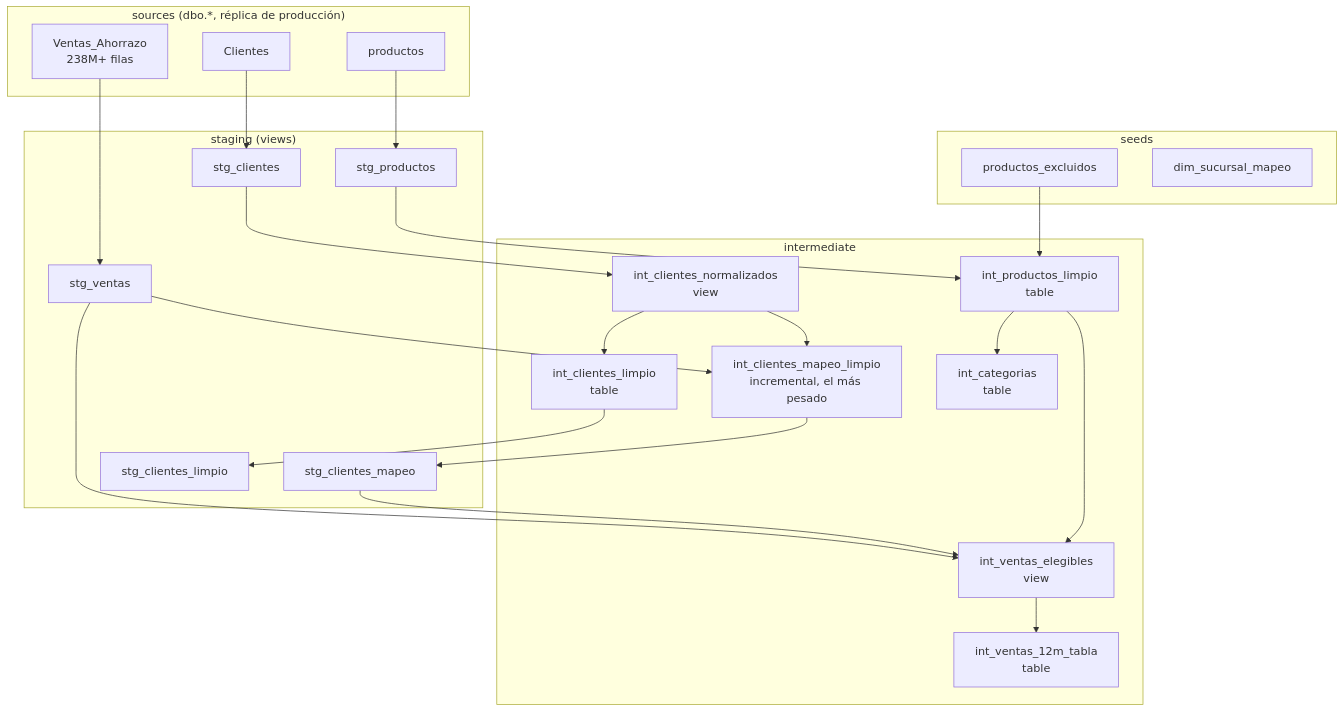
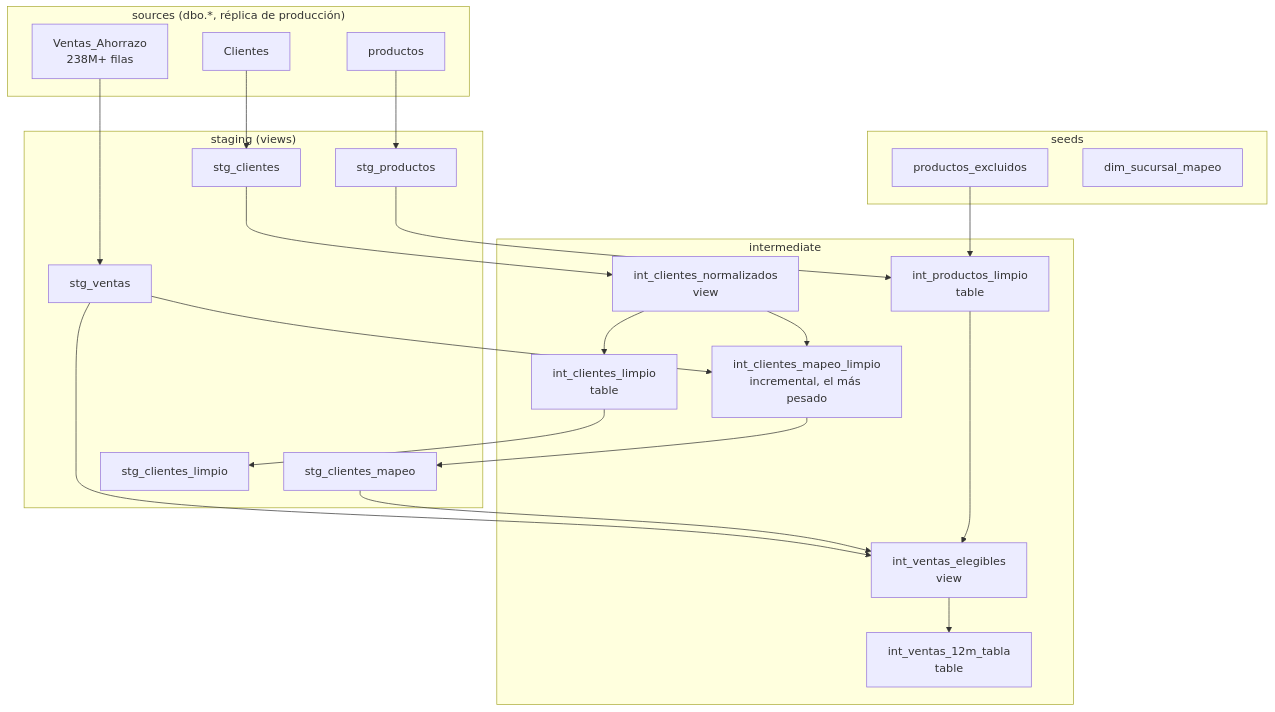
The first of 6 diagrams in ARQUITECTURA.md (adrian-dato/dbt-ahorrazo), drawn with Mermaid before and after one commit. The commit also changed other lines of this file and 11 other files, not shown here.

````diff
--- a/ARQUITECTURA.md
+++ b/ARQUITECTURA.md
@@ -96,52 +96,50 @@
 ```mermaid
 graph TD
     subgraph SRC["sources (dbo.*, réplica de producción)"]
         SRC_VENTAS[Ventas_Ahorrazo<br/>238M+ filas]
         SRC_PROD[productos]
         SRC_CLI[Clientes]
     end
 
     subgraph SEEDS["seeds"]
         SEED_EXCL[productos_excluidos]
         SEED_SUC[dim_sucursal_mapeo]
     end
 
     subgraph STG["staging (views)"]
         STG_VENTAS[stg_ventas]
         STG_PROD[stg_productos]
         STG_CLI[stg_clientes]
         STG_MAPEO[stg_clientes_mapeo]
         STG_LIMPIO[stg_clientes_limpio]
     end
 
     subgraph INT["intermediate"]
         INT_NORM[int_clientes_normalizados<br/>view]
         INT_MAPEO[int_clientes_mapeo_limpio<br/>incremental, el más pesado]
         INT_LIMPIO[int_clientes_limpio<br/>table]
         INT_PROD[int_productos_limpio<br/>table]
-        INT_CAT[int_categorias<br/>table]
         INT_ELEG[int_ventas_elegibles<br/>view]
         INT_12M_T[int_ventas_12m_tabla<br/>table]
     end
 
     SRC_VENTAS --> STG_VENTAS
     SRC_PROD --> STG_PROD
     SRC_CLI --> STG_CLI
 
     STG_CLI --> INT_NORM
     INT_NORM --> INT_MAPEO
     STG_VENTAS --> INT_MAPEO
     INT_NORM --> INT_LIMPIO
     INT_MAPEO --> STG_MAPEO
     INT_LIMPIO --> STG_LIMPIO
 
     STG_PROD --> INT_PROD
     SEED_EXCL --> INT_PROD
-    INT_PROD --> INT_CAT
 
     STG_VENTAS --> INT_ELEG
     STG_MAPEO --> INT_ELEG
     INT_PROD --> INT_ELEG
 
     INT_ELEG --> INT_12M_T
 ```
````
